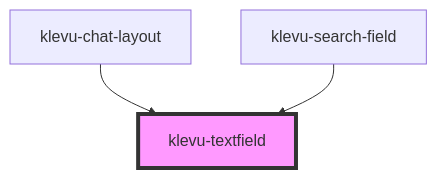
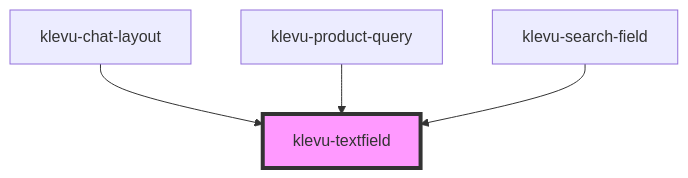
Before and after one commit to klevultd/frontend-sdk: the diagram in packages/klevu-ui/src/components/klevu-textfield/readme.md, drawn with Mermaid. The commit also changed other lines of this file and 12 other files, not shown here.

````diff
--- a/packages/klevu-ui/src/components/klevu-textfield/readme.md
+++ b/packages/klevu-ui/src/components/klevu-textfield/readme.md
@@ -47,6 +48,7 @@
 ```mermaid
 graph TD;
   klevu-chat-layout --> klevu-textfield
+  klevu-product-query --> klevu-textfield
   klevu-search-field --> klevu-textfield
   style klevu-textfield fill:#f9f,stroke:#333,stroke-width:4px
 ```
````
